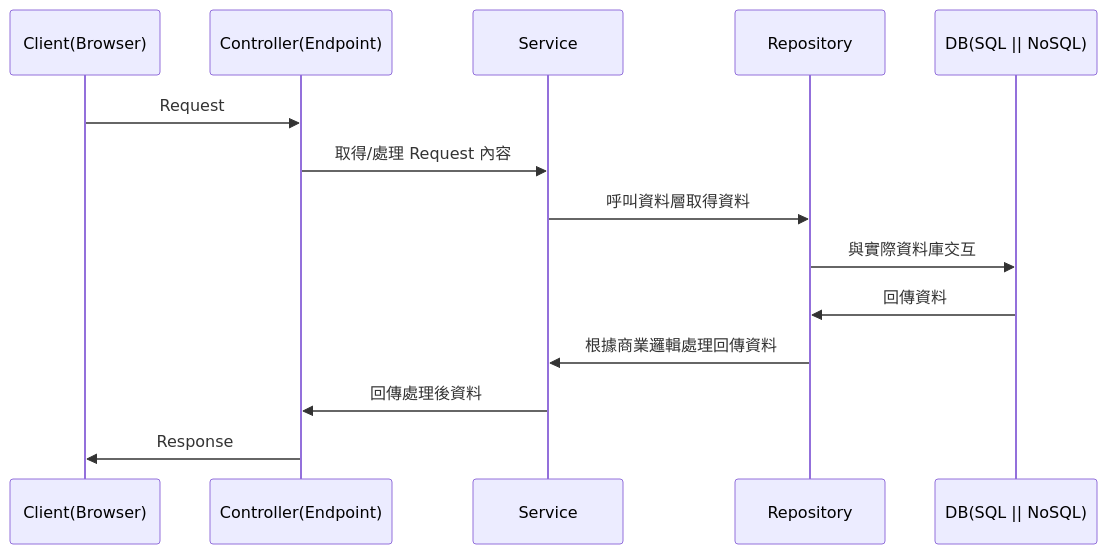
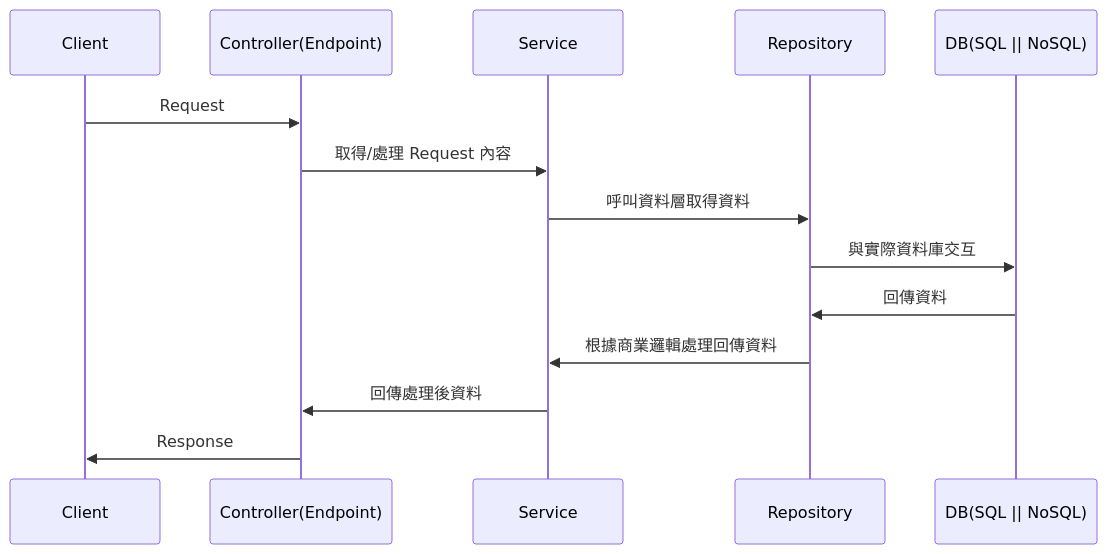
One commit to deverqqqq/DevElixir changed the first of 2 diagrams in docs/architecture-pattern/01_n-tier.md. Above: the diagram before and after it, drawn with Mermaid. The commit also changed other lines of this file, not shown here.

````diff
--- a/docs/architecture-pattern/01_n-tier.md
+++ b/docs/architecture-pattern/01_n-tier.md
@@ -22,14 +21,14 @@
 ```mermaid
 sequenceDiagram
-    Client(Browser)->>Controller(Endpoint): Request
+    Client->>Controller(Endpoint): Request
     Controller(Endpoint)->>Service: 取得/處理 Request 內容
     Service->>Repository: 呼叫資料層取得資料
 
     Repository->>DB(SQL || NoSQL): 與實際資料庫交互
     DB(SQL || NoSQL)->>Repository: 回傳資料
 
     Repository->>Service: 根據商業邏輯處理回傳資料
 
     Service->>Controller(Endpoint): 回傳處理後資料
-    Controller(Endpoint)->>Client(Browser): Response
+    Controller(Endpoint)->>Client: Response
 ```
````
